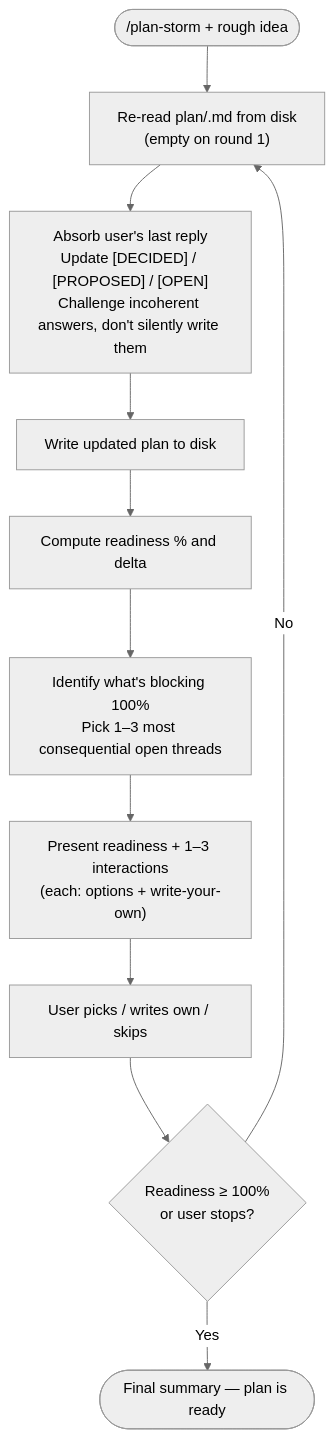
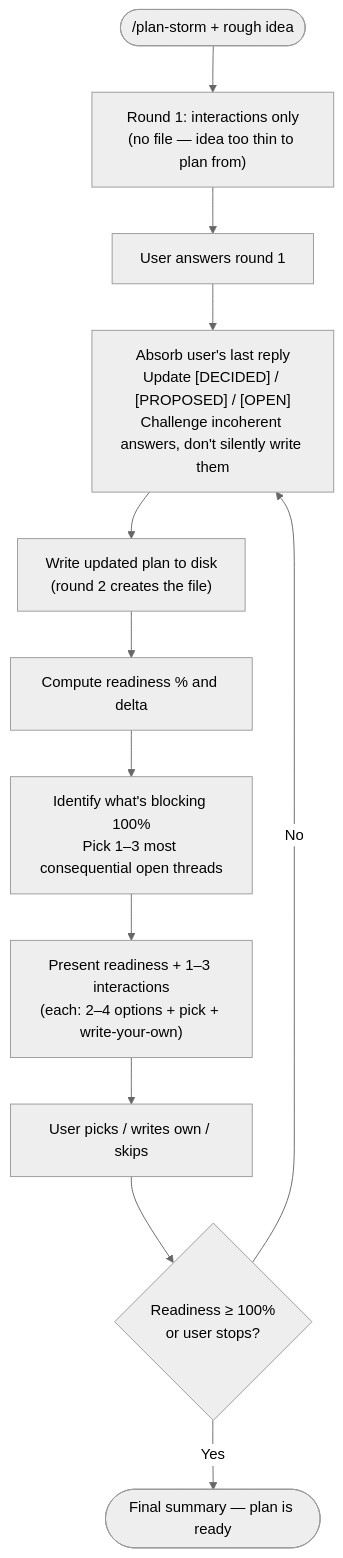
The diagram in skills/plan-storm/SKILL.md (realSergiy/totvibe-skills), drawn with Mermaid (neutral theme) before and after one commit. The commit also changed other lines of this file, not shown here.

Commit message:
feat: plan-storm upgrade

````diff
--- a/skills/plan-storm/SKILL.md
+++ b/skills/plan-storm/SKILL.md
@@ -63,13 +41,14 @@
 ```mermaid
 flowchart TD
-    Invoke(["/plan-storm + rough idea"]) --> Read["Re-read plan/<name>.md from disk<br/>(empty on round 1)"]
-    Read --> Absorb["Absorb user's last reply<br/>Update [DECIDED] / [PROPOSED] / [OPEN]<br/>Challenge incoherent answers, don't silently write them"]
-    Absorb --> Write["Write updated plan to disk"]
+    Invoke(["/plan-storm + rough idea"]) --> R1["Round 1: interactions only<br/>(no file — idea too thin to plan from)"]
+    R1 --> First["User answers round 1"]
+    First --> Absorb["Absorb user's last reply<br/>Update [DECIDED] / [PROPOSED] / [OPEN]<br/>Challenge incoherent answers, don't silently write them"]
+    Absorb --> Write["Write updated plan to disk<br/>(round 2 creates the file)"]
     Write --> Score["Compute readiness % and delta"]
     Score --> Pick["Identify what's blocking 100%<br/>Pick 1–3 most consequential open threads"]
-    Pick --> Present["Present readiness + 1–3 interactions<br/>(each: options + write-your-own)"]
+    Pick --> Present["Present readiness + 1–3 interactions<br/>(each: 2–4 options + pick + write-your-own)"]
     Present --> Reply["User picks / writes own / skips"]
     Reply --> Stop{"Readiness ≥ 100%<br/>or user stops?"}
-    Stop -->|No| Read
+    Stop -->|No| Absorb
     Stop -->|Yes| Summary(["Final summary — plan is ready"])
 ```
````
